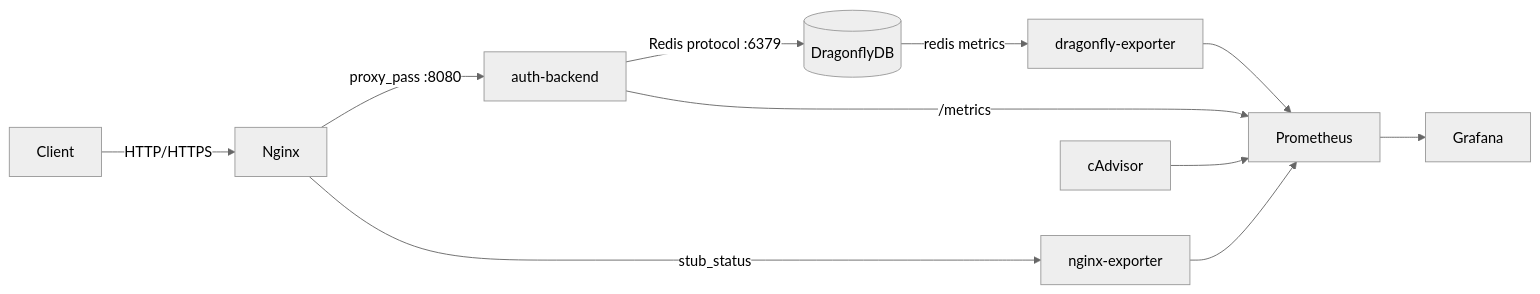
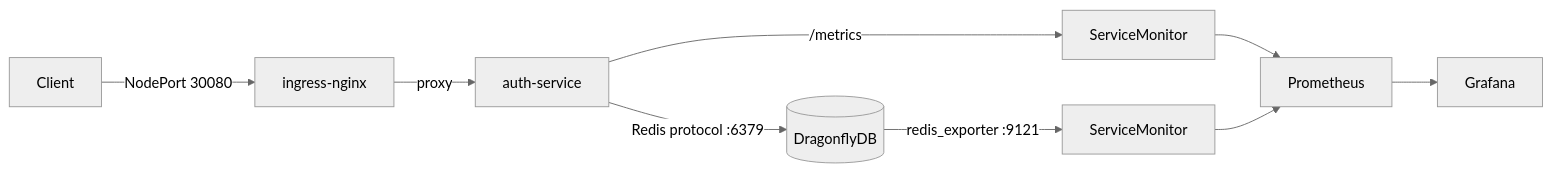
The diagram in README.md (SashaFlake/engineer-challenge), drawn with Mermaid (neutral theme) before and after one commit. The commit also changed other lines of this file and 26 other files, not shown here.

````diff
--- a/README.md
+++ b/README.md
@@ -45,13 +49,11 @@
 ```mermaid
 graph LR
-    Client -->|HTTP/HTTPS| Nginx
-    Nginx -->|proxy_pass :8080| App[auth-backend]
+    Client -->|NodePort 30080| Nginx[ingress-nginx]
+    Nginx -->|proxy| App[auth-service]
     App -->|Redis protocol :6379| Dragonfly[(DragonflyDB)]
-    App -->|/metrics| Prometheus
-    Nginx -->|stub_status| NginxExporter[nginx-exporter]
-    Dragonfly -->|redis metrics| DragonflyExporter[dragonfly-exporter]
-    NginxExporter --> Prometheus
-    DragonflyExporter --> Prometheus
-    cAdvisor --> Prometheus
+    App -->|/metrics| SM1[ServiceMonitor]
+    Dragonfly -->|redis_exporter :9121| SM2[ServiceMonitor]
+    SM1 --> Prometheus
+    SM2 --> Prometheus
     Prometheus --> Grafana
 ```
````
